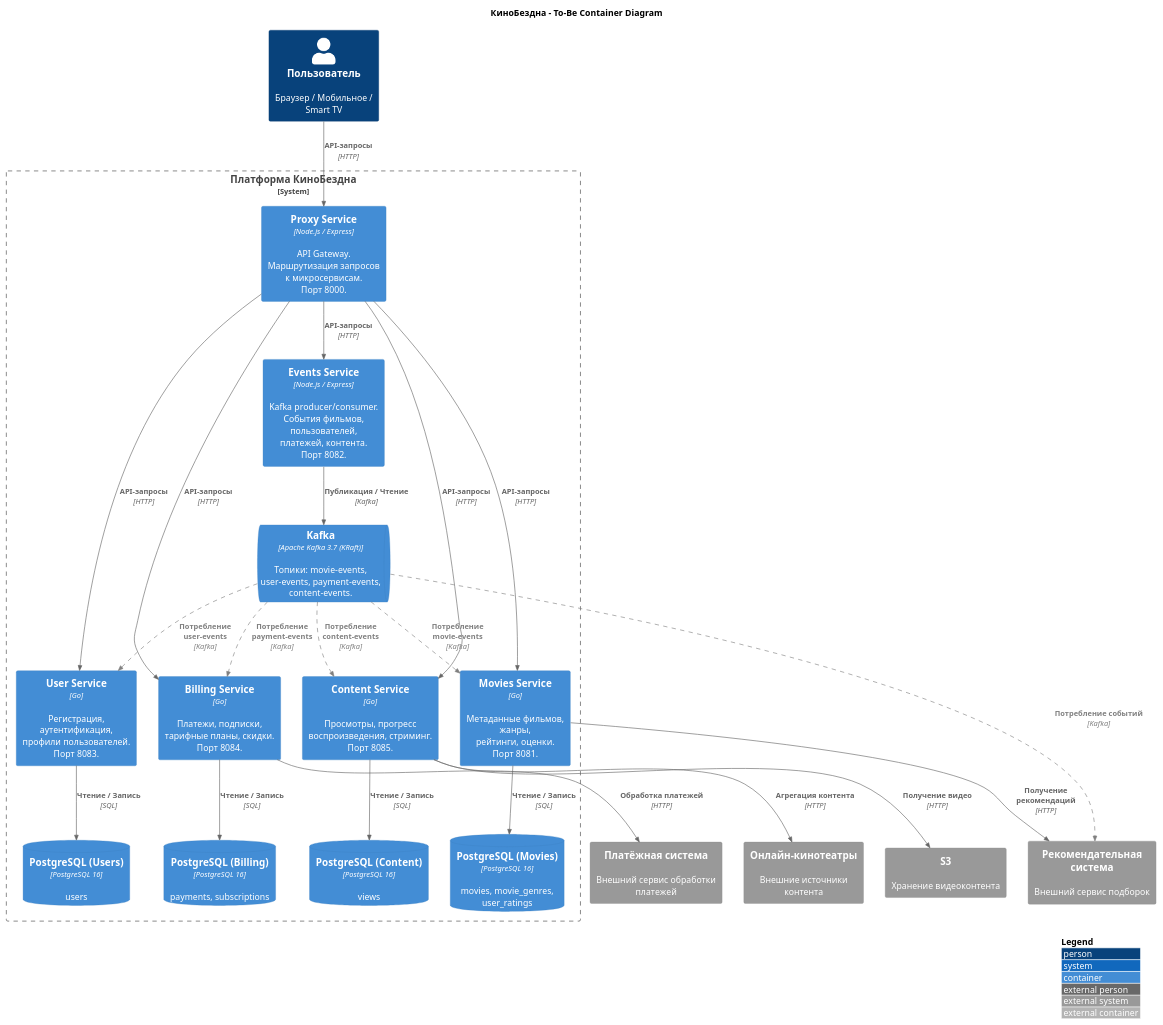
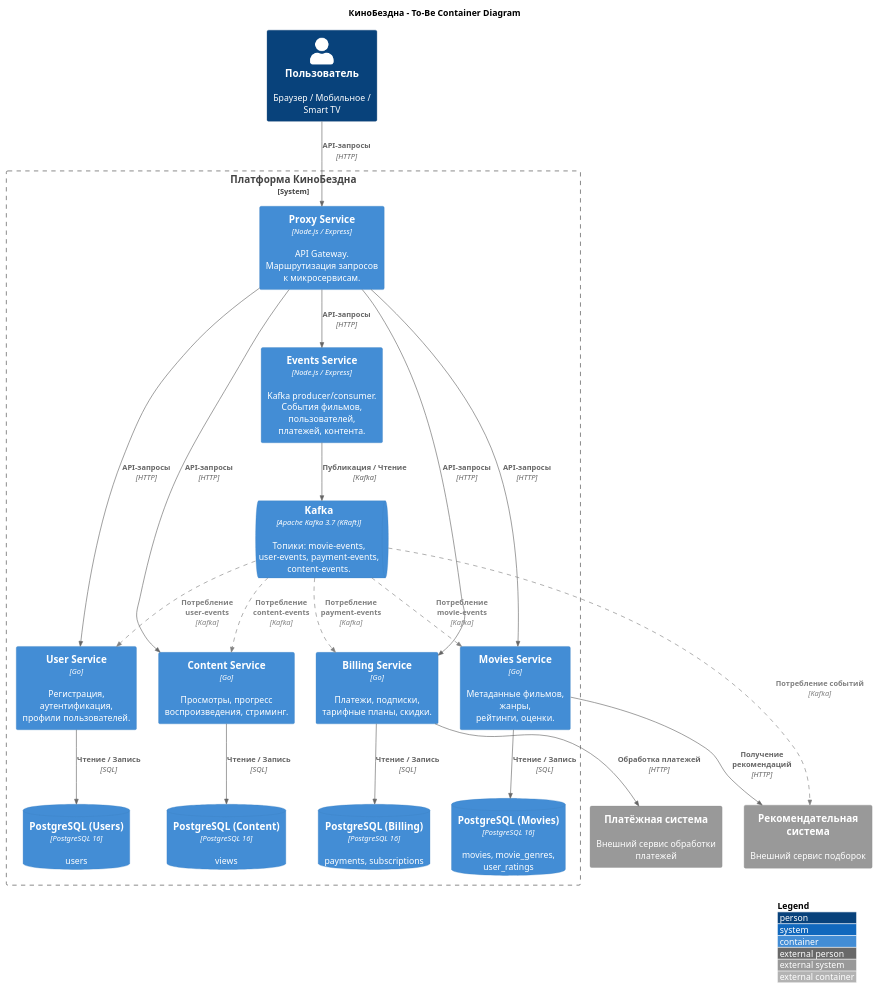
The diagram in docs/c4-container-diagram.puml (SiritosKon/architecture-cinemaabyss), drawn with PlantUML before and after one commit. The commit also changed 2 other files, not shown here.

Commit message:
fix: remove ports from service blocks, remove S3 and cinemas

```diff
--- a/docs/c4-container-diagram.puml
+++ b/docs/c4-container-diagram.puml
@@ -1,68 +1,64 @@
 @startuml c4-container-diagram
 !include https://raw.githubusercontent.com/plantuml-stdlib/C4-PlantUML/master/C4_Container.puml
 
 LAYOUT_WITH_LEGEND()
 
 AddRelTag("future", $lineStyle = DashedLine(), $lineColor = "gray", $textColor = "gray")
 
 title КиноБездна - To-Be Container Diagram
 
 Person(user, "Пользователь", "Браузер / Мобильное / Smart TV")
 
 System_Ext(recsys, "Рекомендательная система", "Внешний сервис подборок")
 System_Ext(payment, "Платёжная система", "Внешний сервис обработки платежей")
-System_Ext(cinemas, "Онлайн-кинотеатры", "Внешние источники контента")
-System_Ext(s3, "S3", "Хранение видеоконтента")
 
 System_Boundary(platform, "Платформа КиноБездна") {
 
-    Container(proxy, "Proxy Service", "Node.js / Express", "API Gateway.\nМаршрутизация запросов\nк микросервисам.\nПорт 8000.")
+    Container(proxy, "Proxy Service", "Node.js / Express", "API Gateway.\nМаршрутизация запросов\nк микросервисам.")
 
-    Container(users_svc, "User Service", "Go", "Регистрация, аутентификация,\nпрофили пользователей.\nПорт 8083.")
+    Container(users_svc, "User Service", "Go", "Регистрация, аутентификация,\nпрофили пользователей.")
 
-    Container(billing, "Billing Service", "Go", "Платежи, подписки,\nтарифные планы, скидки.\nПорт 8084.")
+    Container(billing, "Billing Service", "Go", "Платежи, подписки,\nтарифные планы, скидки.")
 
-    Container(content, "Content Service", "Go", "Просмотры, прогресс\nвоспроизведения, стриминг.\nПорт 8085.")
+    Container(content, "Content Service", "Go", "Просмотры, прогресс\nвоспроизведения, стриминг.")
 
-    Container(movies, "Movies Service", "Go", "Метаданные фильмов, жанры,\nрейтинги, оценки.\nПорт 8081.")
+    Container(movies, "Movies Service", "Go", "Метаданные фильмов, жанры,\nрейтинги, оценки.")
 
-    Container(events, "Events Service", "Node.js / Express", "Kafka producer/consumer.\nСобытия фильмов, пользователей,\nплатежей, контента.\nПорт 8082.")
+    Container(events, "Events Service", "Node.js / Express", "Kafka producer/consumer.\nСобытия фильмов, пользователей,\nплатежей, контента.")
 
     ContainerDb(postgres_users, "PostgreSQL (Users)", "PostgreSQL 16", "users")
 
     ContainerDb(postgres_billing, "PostgreSQL (Billing)", "PostgreSQL 16", "payments, subscriptions")
 
     ContainerDb(postgres_content, "PostgreSQL (Content)", "PostgreSQL 16", "views")
 
     ContainerDb(postgres_movies, "PostgreSQL (Movies)", "PostgreSQL 16", "movies, movie_genres,\nuser_ratings")
 
     ContainerQueue(kafka, "Kafka", "Apache Kafka 3.7 (KRaft)", "Топики: movie-events,\nuser-events, payment-events,\ncontent-events.")
 }
 
 Rel(user, proxy, "API-запросы", "HTTP")
 
 Rel(proxy, users_svc, "API-запросы", "HTTP")
 Rel(proxy, billing, "API-запросы", "HTTP")
 Rel(proxy, content, "API-запросы", "HTTP")
 Rel(proxy, movies, "API-запросы", "HTTP")
 Rel(proxy, events, "API-запросы", "HTTP")
 
 Rel(users_svc, postgres_users, "Чтение / Запись", "SQL")
 Rel(billing, postgres_billing, "Чтение / Запись", "SQL")
 Rel(content, postgres_content, "Чтение / Запись", "SQL")
 Rel(movies, postgres_movies, "Чтение / Запись", "SQL")
 
 Rel(events, kafka, "Публикация / Чтение", "Kafka")
 
 Rel(billing, payment, "Обработка платежей", "HTTP")
-Rel(content, s3, "Получение видео", "HTTP")
-Rel(content, cinemas, "Агрегация контента", "HTTP")
 Rel(movies, recsys, "Получение рекомендаций", "HTTP")
 
 Rel(kafka, users_svc, "Потребление user-events", "Kafka", $tags="future")
 Rel(kafka, billing, "Потребление payment-events", "Kafka", $tags="future")
 Rel(kafka, content, "Потребление content-events", "Kafka", $tags="future")
 Rel(kafka, movies, "Потребление movie-events", "Kafka", $tags="future")
 Rel(kafka, recsys, "Потребление событий", "Kafka", $tags="future")
 
 @enduml
```
